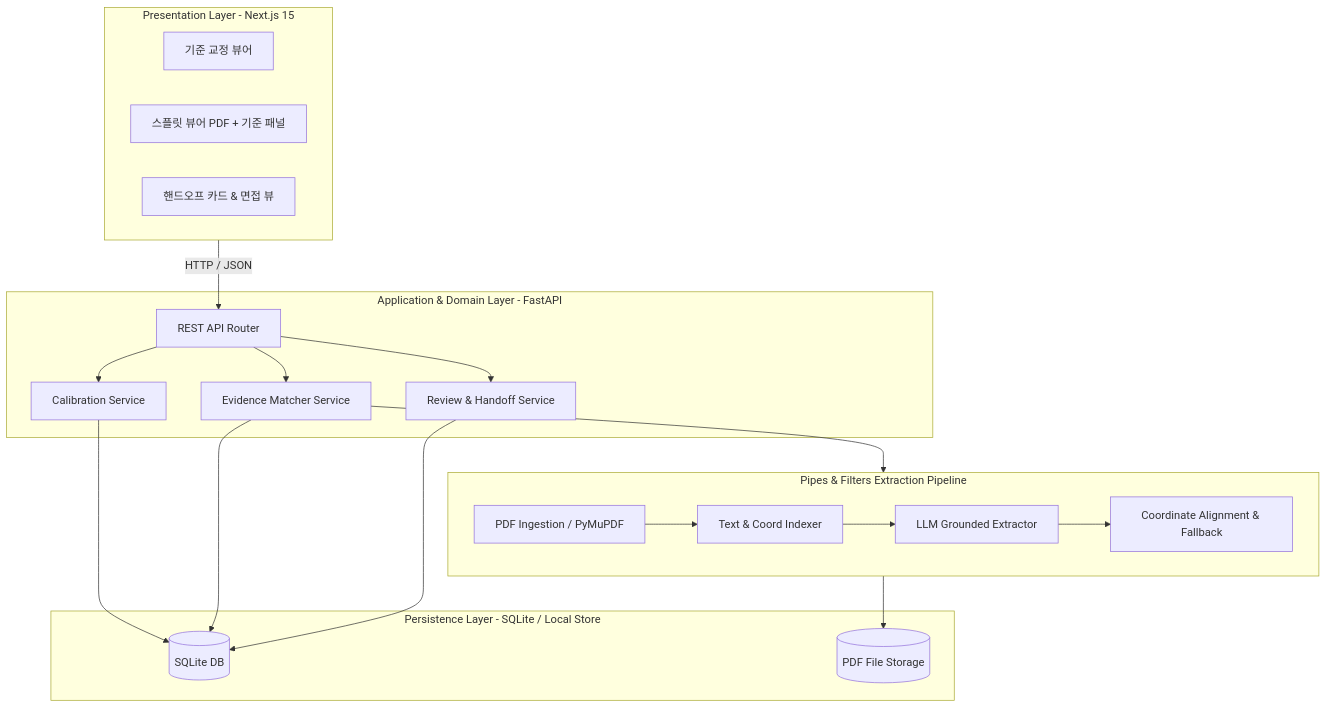
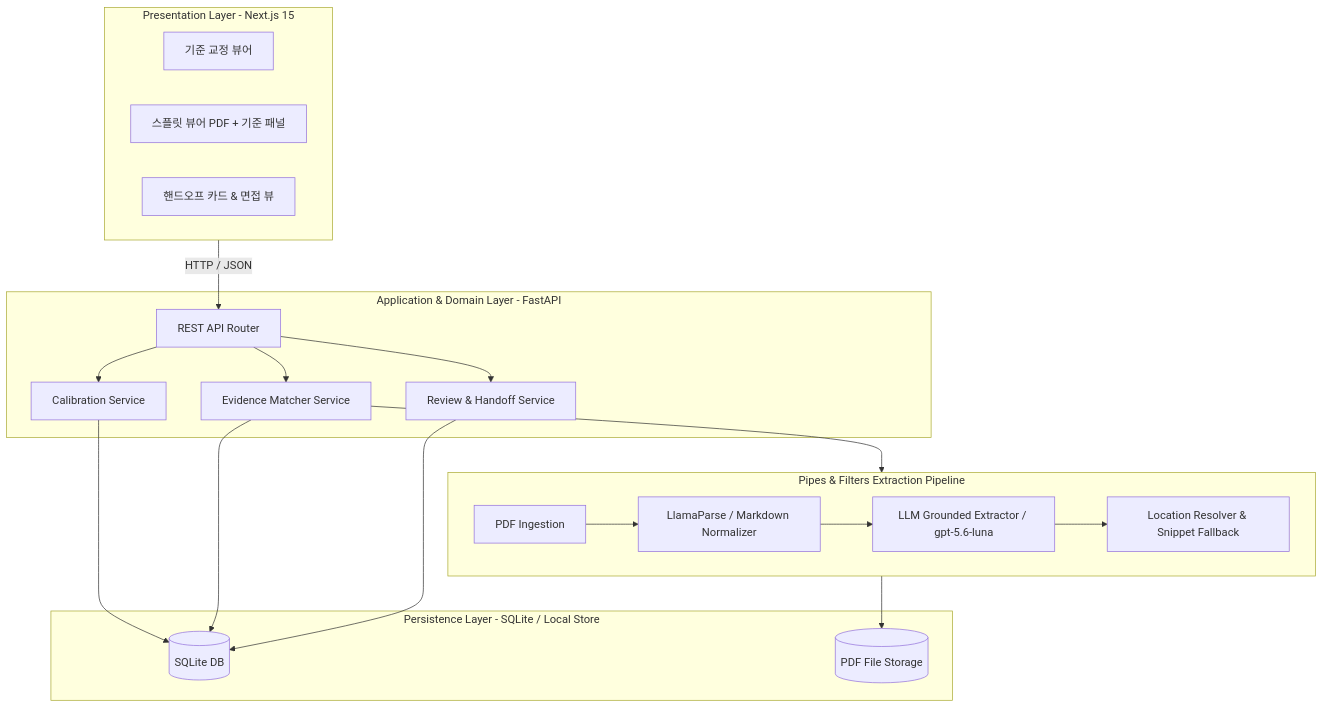
The first of 3 diagrams in _bmad-output/planning-artifacts/architecture/architecture-Zero100_Builderthon-2026-08-26/ARCHITECTURE-SPINE.md (CSshk113/BLDT_BMAD), drawn with Mermaid before and after one commit. The commit also changed other lines of this file and 9 other files, not shown here.

````diff
--- a/_bmad-output/planning-artifacts/architecture/architecture-Zero100_Builderthon-2026-08-26/ARCHITECTURE-SPINE.md
+++ b/_bmad-output/planning-artifacts/architecture/architecture-Zero100_Builderthon-2026-08-26/ARCHITECTURE-SPINE.md
@@ -42,36 +48,36 @@
 ```mermaid
 graph TD
     subgraph Frontend [Presentation Layer - Next.js 15]
         UI_CALIB[기준 교정 뷰어]
         UI_SPLIT[스플릿 뷰어 PDF + 기준 패널]
         UI_HANDOFF[핸드오프 카드 & 면접 뷰]
     end
 
     subgraph Backend [Application & Domain Layer - FastAPI]
         API_GATEWAY[REST API Router]
         SERVICE_CALIB[Calibration Service]
         SERVICE_EVIDENCE[Evidence Matcher Service]
         SERVICE_REVIEW[Review & Handoff Service]
     end
 
     subgraph Pipeline [Pipes & Filters Extraction Pipeline]
-        P1[PDF Ingestion / PyMuPDF] --> P2[Text & Coord Indexer]
-        P2 --> P3[LLM Grounded Extractor]
-        P3 --> P4[Coordinate Alignment & Fallback]
+        P1[PDF Ingestion] --> P2[LlamaParse / Markdown Normalizer]
+        P2 --> P3[LLM Grounded Extractor / gpt-5.6-luna]
+        P3 --> P4[Location Resolver & Snippet Fallback]
     end
 
     subgraph Storage [Persistence Layer - SQLite / Local Store]
         DB[(SQLite DB)]
         FILE_STORE[(PDF File Storage)]
     end
 
     Frontend -->|HTTP / JSON| API_GATEWAY
     API_GATEWAY --> SERVICE_CALIB
     API_GATEWAY --> SERVICE_EVIDENCE
     API_GATEWAY --> SERVICE_REVIEW
     SERVICE_EVIDENCE --> Pipeline
     SERVICE_CALIB --> DB
     SERVICE_EVIDENCE --> DB
     SERVICE_REVIEW --> DB
     Pipeline --> FILE_STORE
 ```
````
